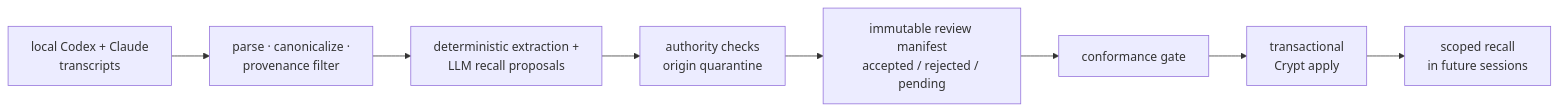
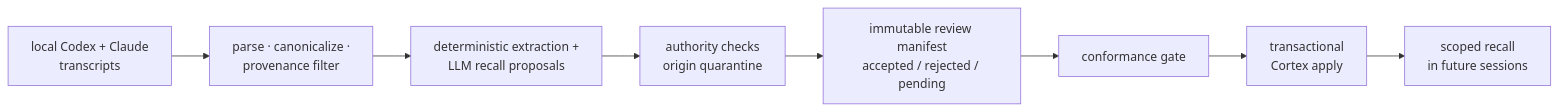
The diagram in adapt/README.md (Orthic-Labs/Membrane), drawn with Mermaid before and after one commit. The commit also changed other lines of this file and 535 other files, not shown here.

````diff
--- a/adapt/README.md
+++ b/adapt/README.md
@@ -15,9 +15,9 @@
 ```mermaid
 flowchart LR
     T[local Codex + Claude<br/>transcripts] --> E[parse · canonicalize ·<br/>provenance filter]
     E --> S[deterministic extraction +<br/>LLM recall proposals]
     S --> A[authority checks<br/>origin quarantine]
     A --> M[immutable review manifest<br/>accepted / rejected / pending]
-    M --> G[conformance gate] --> W[transactional<br/>Crypt apply]
+    M --> G[conformance gate] --> W[transactional<br/>Cortex apply]
     W --> R[scoped recall<br/>in future sessions]
 ```
````
